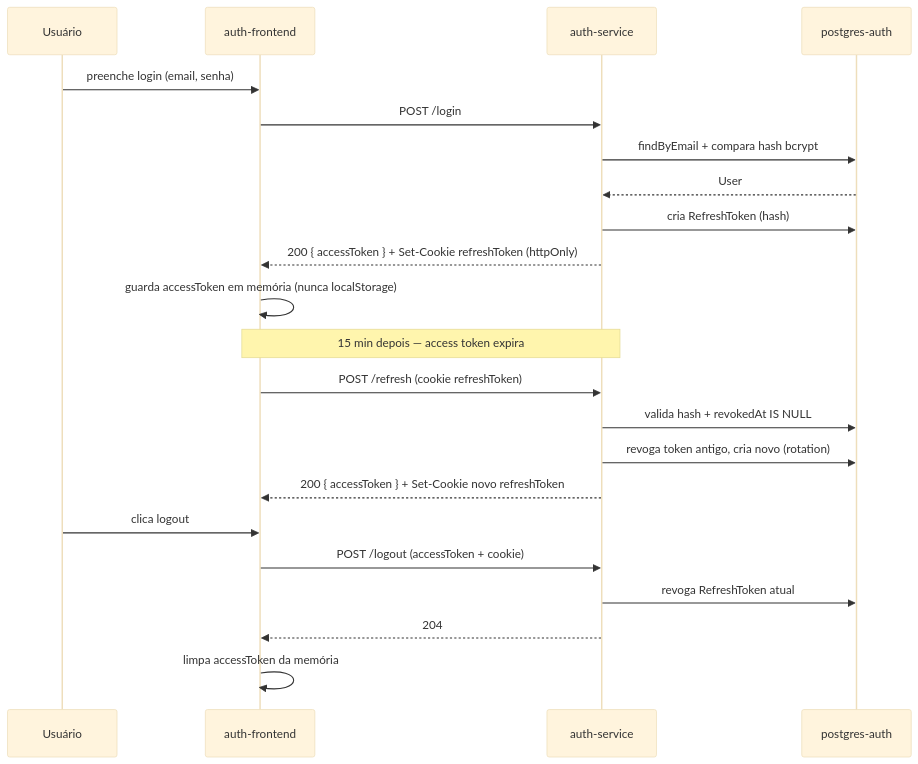
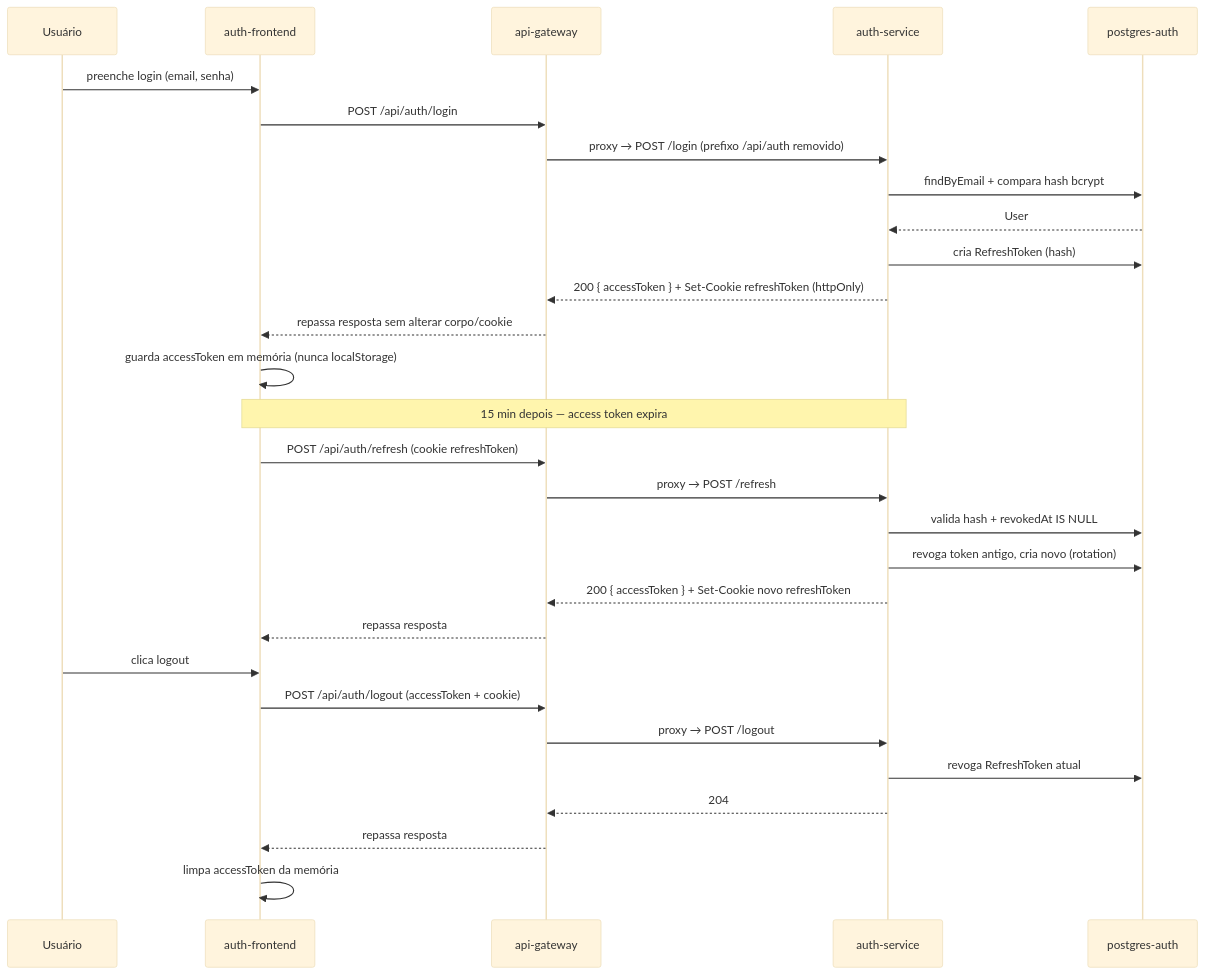
One commit to LucasLevingston/ImobCore changed the second of 4 diagrams in docs/ARCHITECTURE.md. Above: the diagram before and after it, drawn with Mermaid (base theme). The commit also changed other lines of this file and 12 other files, not shown here.

````diff
--- a/docs/ARCHITECTURE.md
+++ b/docs/ARCHITECTURE.md
@@ -116,27 +129,34 @@
 ```mermaid
 sequenceDiagram
     participant U as Usuário
     participant AF as auth-frontend
+    participant GW as api-gateway
     participant AS as auth-service
     participant DB as postgres-auth
 
     U->>AF: preenche login (email, senha)
-    AF->>AS: POST /login
+    AF->>GW: POST /api/auth/login
+    GW->>AS: proxy → POST /login (prefixo /api/auth removido)
     AS->>DB: findByEmail + compara hash bcrypt
     DB-->>AS: User
     AS->>DB: cria RefreshToken (hash)
-    AS-->>AF: 200 { accessToken } + Set-Cookie refreshToken (httpOnly)
+    AS-->>GW: 200 { accessToken } + Set-Cookie refreshToken (httpOnly)
+    GW-->>AF: repassa resposta sem alterar corpo/cookie
     AF->>AF: guarda accessToken em memória (nunca localStorage)
 
     Note over AF,AS: 15 min depois — access token expira
-    AF->>AS: POST /refresh (cookie refreshToken)
+    AF->>GW: POST /api/auth/refresh (cookie refreshToken)
+    GW->>AS: proxy → POST /refresh
     AS->>DB: valida hash + revokedAt IS NULL
     AS->>DB: revoga token antigo, cria novo (rotation)
-    AS-->>AF: 200 { accessToken } + Set-Cookie novo refreshToken
+    AS-->>GW: 200 { accessToken } + Set-Cookie novo refreshToken
+    GW-->>AF: repassa resposta
 
     U->>AF: clica logout
-    AF->>AS: POST /logout (accessToken + cookie)
+    AF->>GW: POST /api/auth/logout (accessToken + cookie)
+    GW->>AS: proxy → POST /logout
     AS->>DB: revoga RefreshToken atual
-    AS-->>AF: 204
+    AS-->>GW: 204
+    GW-->>AF: repassa resposta
     AF->>AF: limpa accessToken da memória
 ```
````
